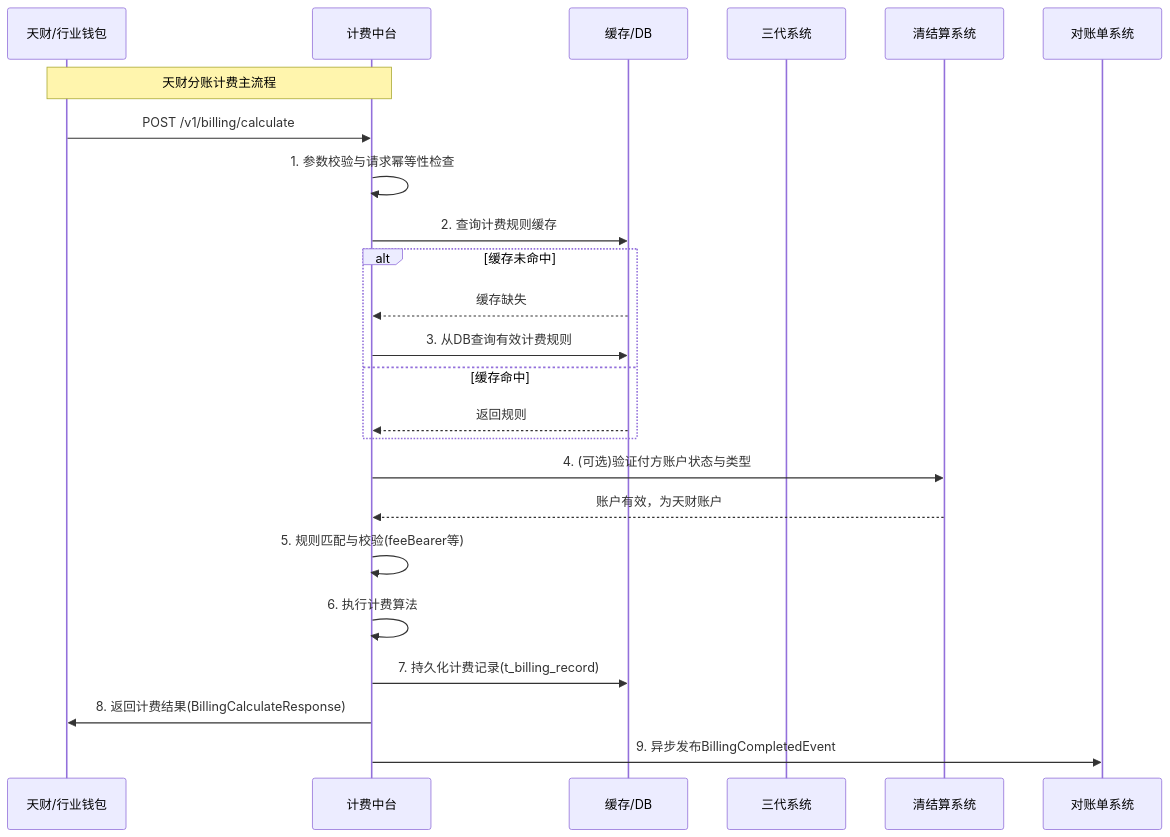
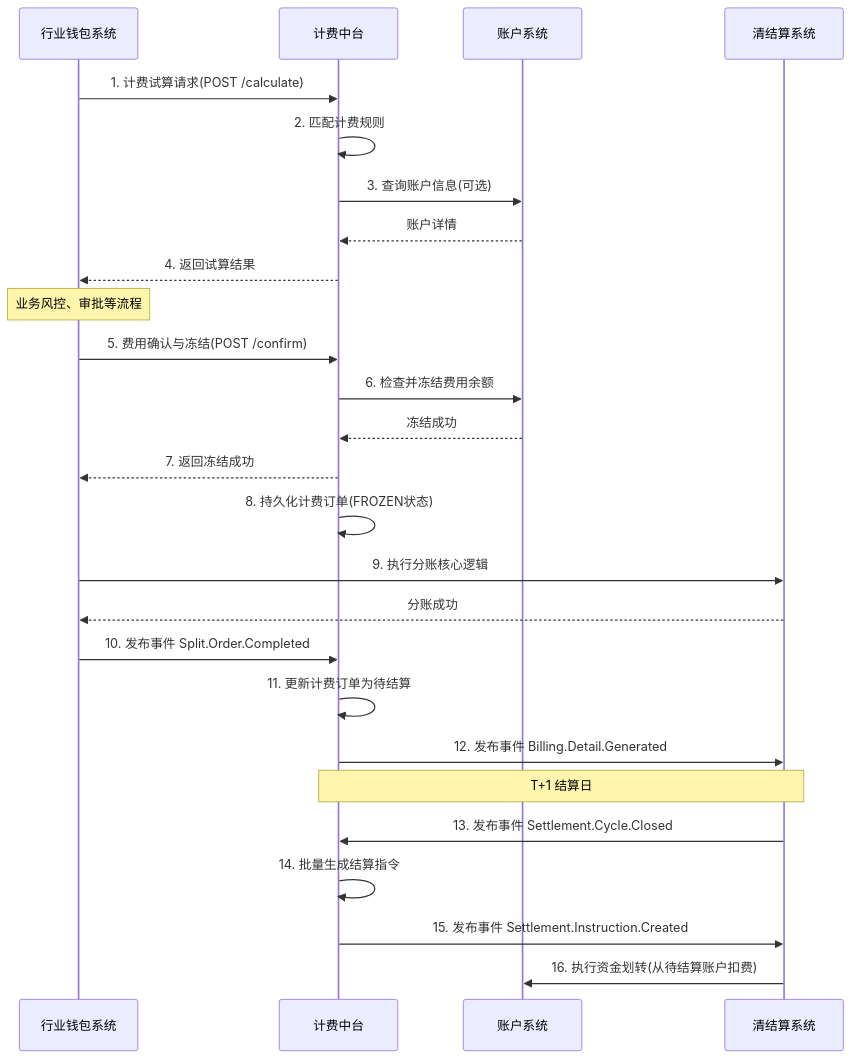
The diagram in data/天财分账需求/gpt-5.2/workspace/02_modules/module_计费中台.md (youzi211/AiCoding), drawn with Mermaid before and after one commit. The commit also changed other lines of this file and 29 other files, not shown here.

````diff
--- a/data/天财分账需求/gpt-5.2/workspace/02_modules/module_计费中台.md
+++ b/data/天财分账需求/gpt-5.2/workspace/02_modules/module_计费中台.md
@@ -227,27 +198,34 @@
 ```mermaid
 sequenceDiagram
-    participant A as 天财/行业钱包
-    participant B as 计费中台
-    participant C as 缓存/DB
-    participant D as 三代系统
-    participant E as 清结算系统
-    participant F as 对账单系统
+    participant Client as 行业钱包系统
+    participant Billing as 计费中台
+    participant Account as 账户系统
+    participant Settlement as 清结算系统
 
-    Note over A,B: 天财分账计费主流程
-    A->>B: POST /v1/billing/calculate
-    B->>B: 1. 参数校验与请求幂等性检查
-    B->>C: 2. 查询计费规则缓存
-    alt 缓存未命中
-        C-->>B: 缓存缺失
-        B->>C: 3. 从DB查询有效计费规则
-    else 缓存命中
-        C-->>B: 返回规则
-    end
-    B->>E: 4. (可选)验证付方账户状态与类型
-    E-->>B: 账户有效，为天财账户
-    B->>B: 5. 规则匹配与校验(feeBearer等)
-    B->>B: 6. 执行计费算法
-    B->>C: 7. 持久化计费记录(t_billing_record)
-    B->>A: 8. 返回计费结果(BillingCalculateResponse)
-    B->>F: 9. 异步发布BillingCompletedEvent
+    Client->>Billing: 1. 计费试算请求(POST /calculate)
+    Billing->>Billing: 2. 匹配计费规则
+    Billing->>Account: 3. 查询账户信息(可选)
+    Account-->>Billing: 账户详情
+    Billing-->>Client: 4. 返回试算结果
+
+    Note over Client: 业务风控、审批等流程
+
+    Client->>Billing: 5. 费用确认与冻结(POST /confirm)
+    Billing->>Account: 6. 检查并冻结费用余额
+    Account-->>Billing: 冻结成功
+    Billing-->>Client: 7. 返回冻结成功
+    Billing->>Billing: 8. 持久化计费订单(FROZEN状态)
+
+    Client->>Settlement: 9. 执行分账核心逻辑
+    Settlement-->>Client: 分账成功
+    Client->>Billing: 10. 发布事件 Split.Order.Completed
+
+    Billing->>Billing: 11. 更新计费订单为待结算
+    Billing->>Settlement: 12. 发布事件 Billing.Detail.Generated
+
+    Note over Settlement,Billing: T+1 结算日
+    Settlement->>Billing: 13. 发布事件 Settlement.Cycle.Closed
+    Billing->>Billing: 14. 批量生成结算指令
+    Billing->>Settlement: 15. 发布事件 Settlement.Instruction.Created
+    Settlement->>Account: 16. 执行资金划转(从待结算账户扣费)
 ```
````
